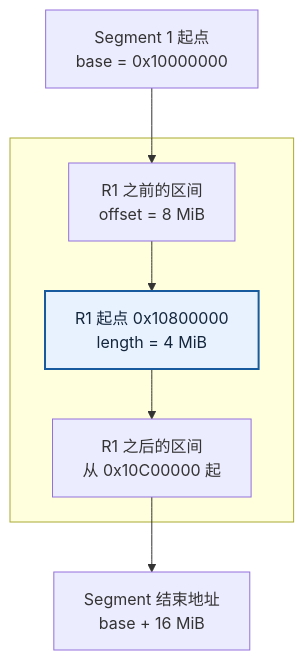
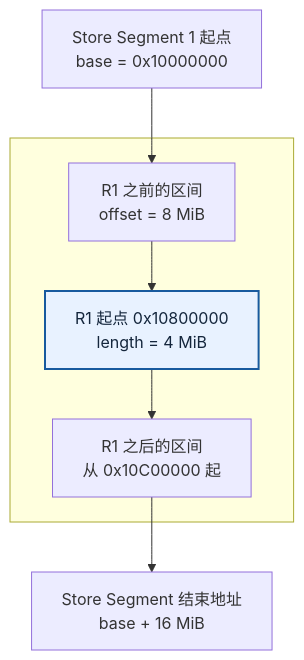
Before and after one commit to Hansyangxingxiang/Mooncake: the second of 2 diagrams in mooncake-kv-cache-series/wechat/02-objects-and-replicas.md, drawn with Mermaid. The commit also changed other lines of this file and 10 other files, not shown here.

````diff
--- a/mooncake-kv-cache-series/wechat/02-objects-and-replicas.md
+++ b/mooncake-kv-cache-series/wechat/02-objects-and-replicas.md
@@ -59,14 +59,14 @@
 ```mermaid
 flowchart TB
-    B["Segment 1 起点<br/>base = 0x10000000"]
+    B["Store Segment 1 起点<br/>base = 0x10000000"]
     subgraph S[" "]
         P["R1 之前的区间<br/>offset = 8 MiB"]
         R["R1 起点 0x10800000<br/>length = 4 MiB"]
         Q["R1 之后的区间<br/>从 0x10C00000 起"]
         P --> R --> Q
     end
-    E["Segment 结束地址<br/>base + 16 MiB"]
+    E["Store Segment 结束地址<br/>base + 16 MiB"]
     B --> P
     Q --> E
     style R fill:#e8f2ff,stroke:#175a9e,stroke-width:2px,color:#14263c
 ```
````
